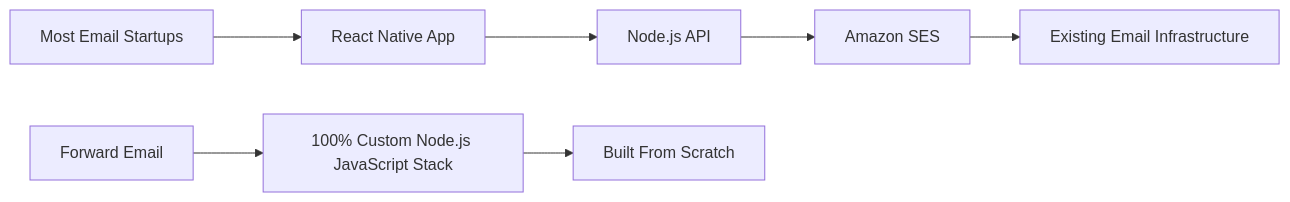
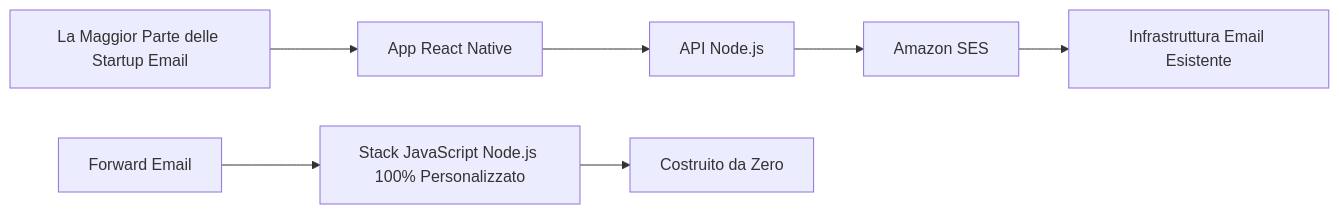
The fourth of 10 diagrams in app/views/docs/email-startup-graveyard-why-80-percent-email-companies-fail/index-it.md (forwardemail/forwardemail.net), drawn with Mermaid before and after one commit. The commit also changed other lines of this file and 1055 other files, not shown here.

````diff
--- a/app/views/docs/email-startup-graveyard-why-80-percent-email-companies-fail/index-it.md
+++ b/app/views/docs/email-startup-graveyard-why-80-percent-email-companies-fail/index-it.md
@@ -301,10 +301,10 @@
 ```mermaid
 graph LR
-    A[Most Email Startups] --> B[React Native App]
-    B --> C[Node.js API]
+    A[La Maggior Parte delle Startup Email] --> B[App React Native]
+    B --> C[API Node.js]
     C --> D[Amazon SES]
-    D --> E[Existing Email Infrastructure]
+    D --> E[Infrastruttura Email Esistente]
 
-    F[Forward Email] --> G[100% Custom Node.js JavaScript Stack]
-    G --> H[Built From Scratch]
+    F[Forward Email] --> G[Stack JavaScript Node.js 100% Personalizzato]
+    G --> H[Costruito da Zero]
 ```
````
